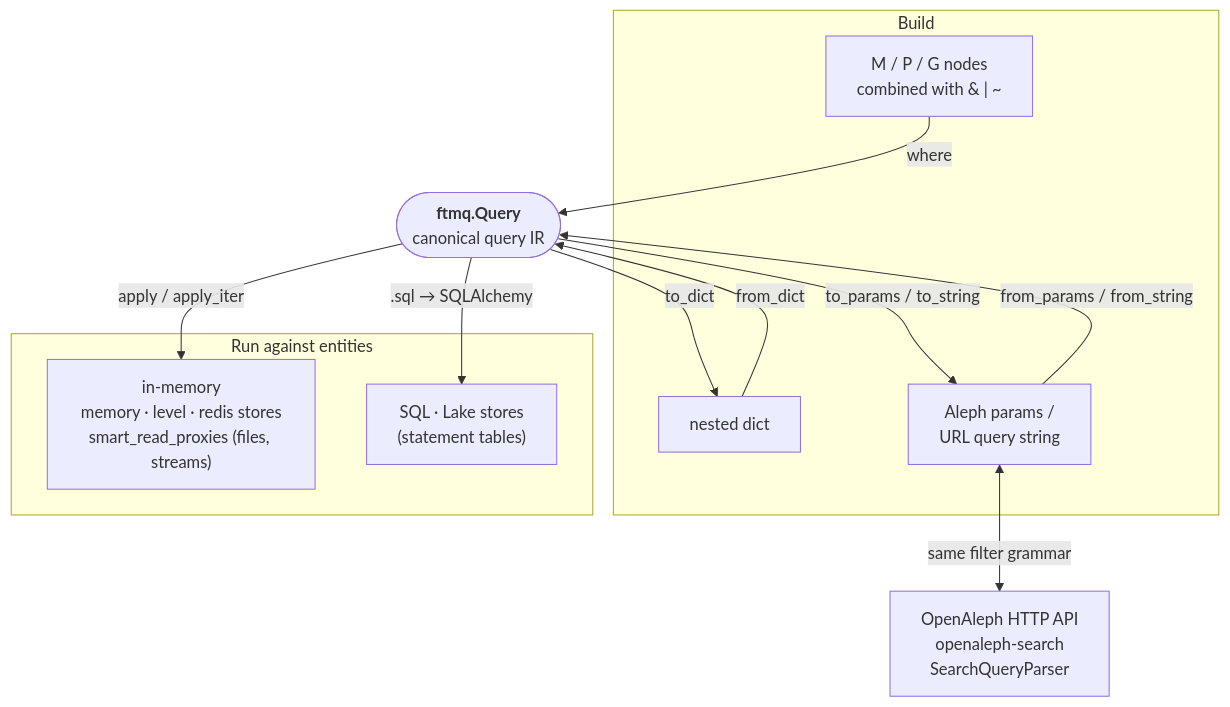
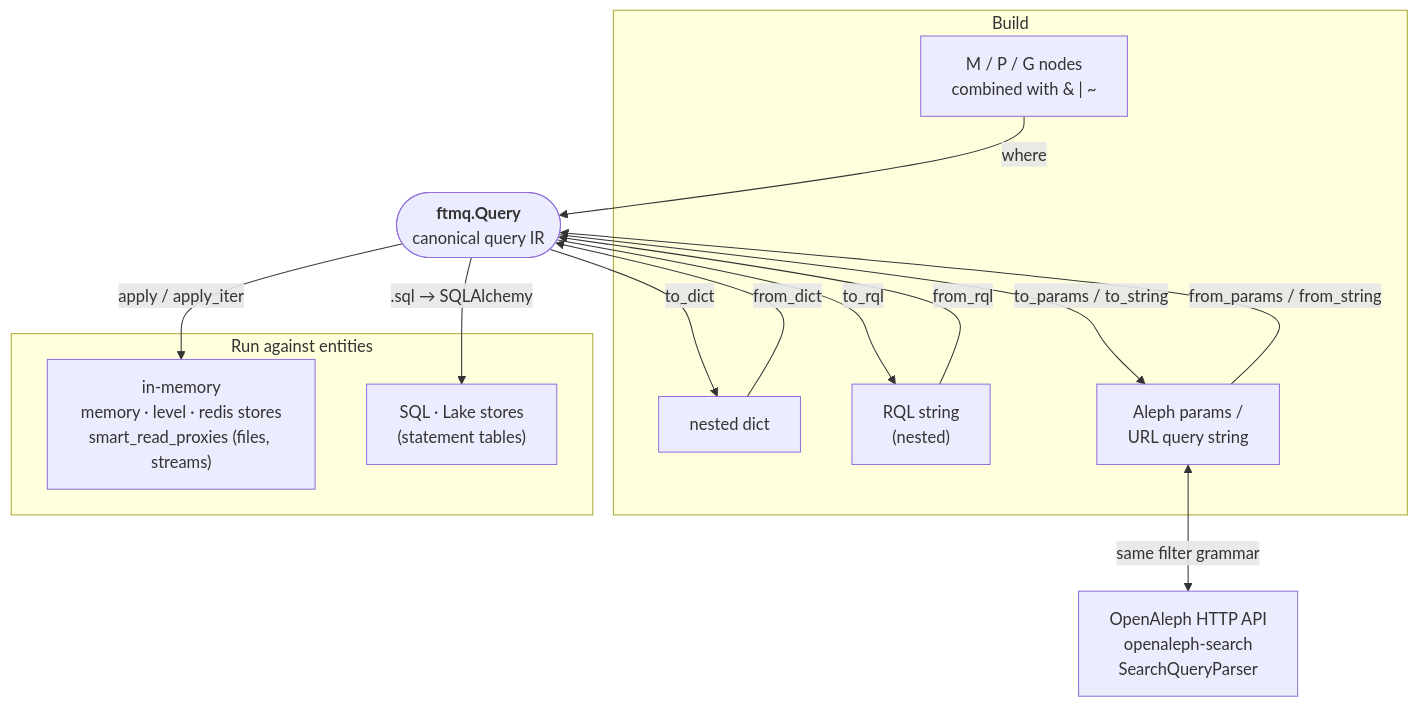
One commit to dataresearchcenter/ftmq changed the diagram in docs/query.md. Above: the diagram before and after it, drawn with Mermaid. The commit also changed other lines of this file and 9 other files, not shown here.

````diff
--- a/docs/query.md
+++ b/docs/query.md
@@ -9,26 +9,29 @@
 ```mermaid
 flowchart TD
     subgraph build [Build]
         NODES["M / P / G nodes<br/>combined with &amp; | ~"]
         DICT["nested dict"]
+        RQL["RQL string<br/>(nested)"]
         PARAMS["Aleph params /<br/>URL query string"]
     end
 
     Q(["<b>ftmq.Query</b><br/>canonical query IR"])
 
     NODES -->|where| Q
     DICT -->|from_dict| Q
     Q -->|to_dict| DICT
+    RQL -->|from_rql| Q
+    Q -->|to_rql| RQL
     PARAMS -->|from_params / from_string| Q
     Q -->|to_params / to_string| PARAMS
 
     subgraph run [Run against entities]
         MEM["in-memory<br/>memory · level · redis stores<br/>smart_read_proxies (files, streams)"]
         SQLB["SQL · Lake stores<br/>(statement tables)"]
     end
 
     Q -->|apply / apply_iter| MEM
     Q -->|.sql → SQLAlchemy| SQLB
 
     PARAMS <-->|same filter grammar| ALEPH["OpenAleph HTTP API<br/>openaleph-search<br/>SearchQueryParser"]
 ```
````
